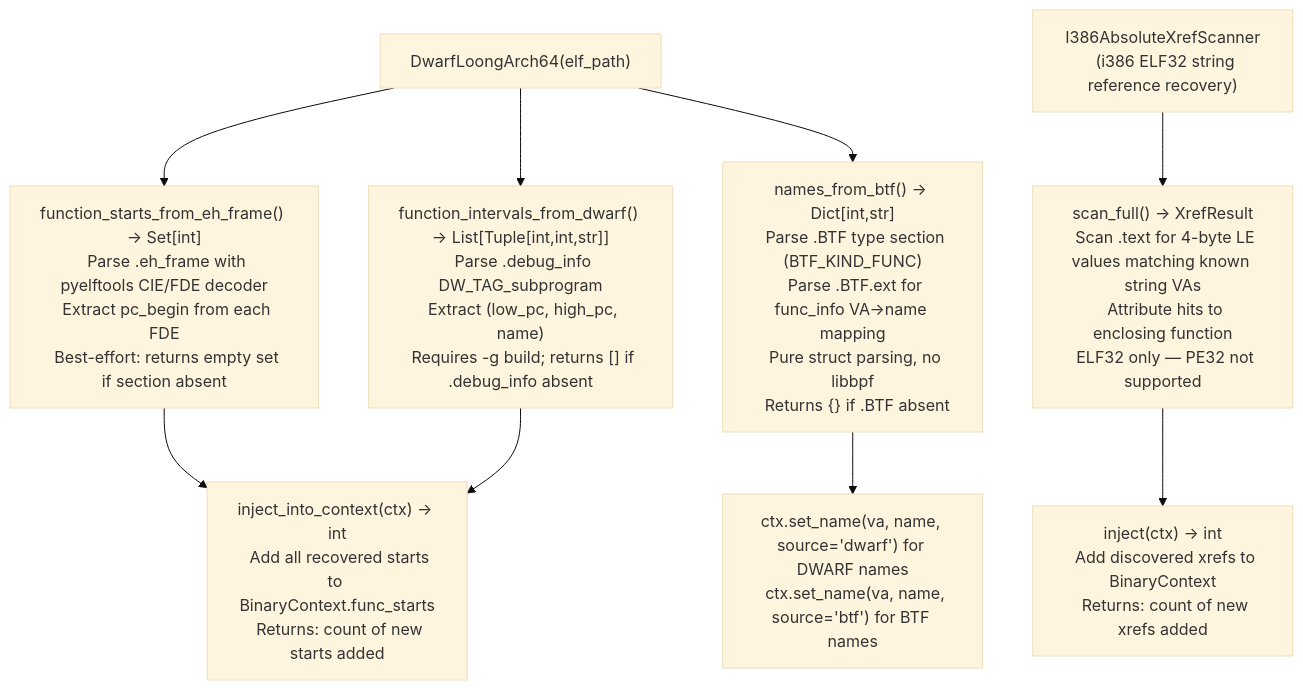
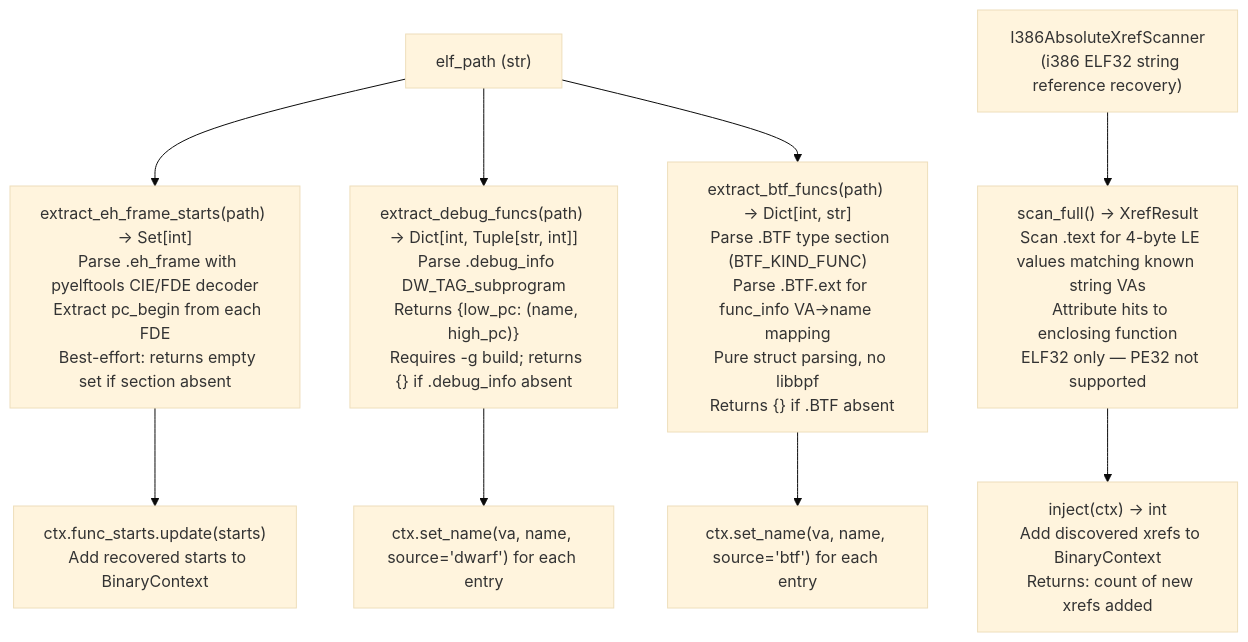
The diagram in docs/reference-modules/debug-metadata-recovery.md (Ablation-Tool/ablation), drawn with Mermaid (base theme) before and after one commit. The commit also changed other lines of this file and 11 other files, not shown here.

````diff
--- a/docs/reference-modules/debug-metadata-recovery.md
+++ b/docs/reference-modules/debug-metadata-recovery.md
@@ -19,12 +19,12 @@
 ```mermaid
 flowchart TD
-    A["DwarfLoongArch64(elf_path)"] --> B["function_starts_from_eh_frame() → Set[int]\n  Parse .eh_frame with pyelftools CIE/FDE decoder\n  Extract pc_begin from each FDE\n  Best-effort: returns empty set if section absent"]
-    A --> C["function_intervals_from_dwarf() → List[Tuple[int,int,str]]\n  Parse .debug_info DW_TAG_subprogram\n  Extract (low_pc, high_pc, name)\n  Requires -g build; returns [] if .debug_info absent"]
-    A --> D["names_from_btf() → Dict[int,str]\n  Parse .BTF type section (BTF_KIND_FUNC)\n  Parse .BTF.ext for func_info VA→name mapping\n  Pure struct parsing, no libbpf\n  Returns {} if .BTF absent"]
-    B --> E["inject_into_context(ctx) → int\n  Add all recovered starts to BinaryContext.func_starts\n  Returns: count of new starts added"]
-    C --> E
-    D --> F["ctx.set_name(va, name, source='dwarf') for DWARF names\n  ctx.set_name(va, name, source='btf') for BTF names"]
+    P["elf_path (str)"] --> B["extract_eh_frame_starts(path) → Set[int]\n  Parse .eh_frame with pyelftools CIE/FDE decoder\n  Extract pc_begin from each FDE\n  Best-effort: returns empty set if section absent"]
+    P --> C["extract_debug_funcs(path) → Dict[int, Tuple[str, int]]\n  Parse .debug_info DW_TAG_subprogram\n  Returns {low_pc: (name, high_pc)}\n  Requires -g build; returns {} if .debug_info absent"]
+    P --> D["extract_btf_funcs(path) → Dict[int, str]\n  Parse .BTF type section (BTF_KIND_FUNC)\n  Parse .BTF.ext for func_info VA→name mapping\n  Pure struct parsing, no libbpf\n  Returns {} if .BTF absent"]
+    B --> E["ctx.func_starts.update(starts)\n  Add recovered starts to BinaryContext"]
+    C --> F["ctx.set_name(va, name, source='dwarf') for each entry"]
+    D --> F2["ctx.set_name(va, name, source='btf') for each entry"]
 
     G["I386AbsoluteXrefScanner\n  (i386 ELF32 string reference recovery)"] --> H["scan_full() → XrefResult\n  Scan .text for 4-byte LE values matching known string VAs\n  Attribute hits to enclosing function\n  ELF32 only — PE32 not supported"]
     H --> I["inject(ctx) → int\n  Add discovered xrefs to BinaryContext\n  Returns: count of new xrefs added"]
 ```
````
